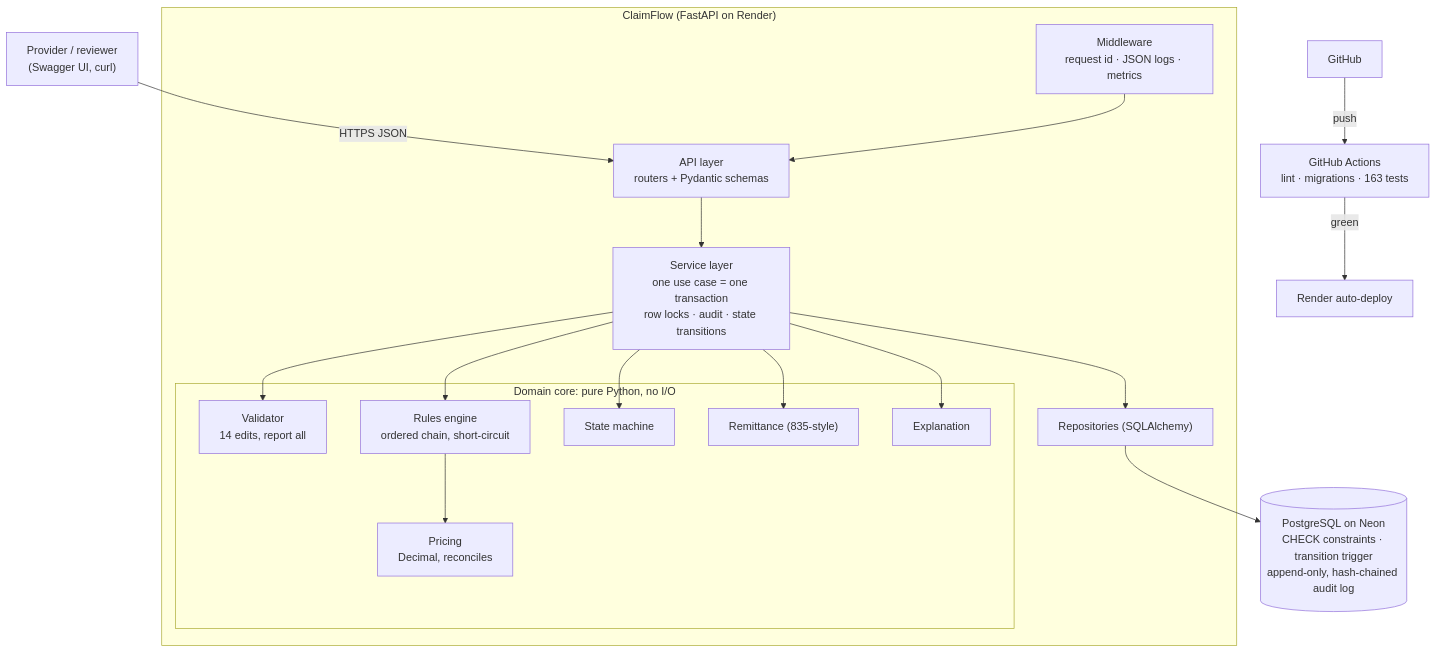
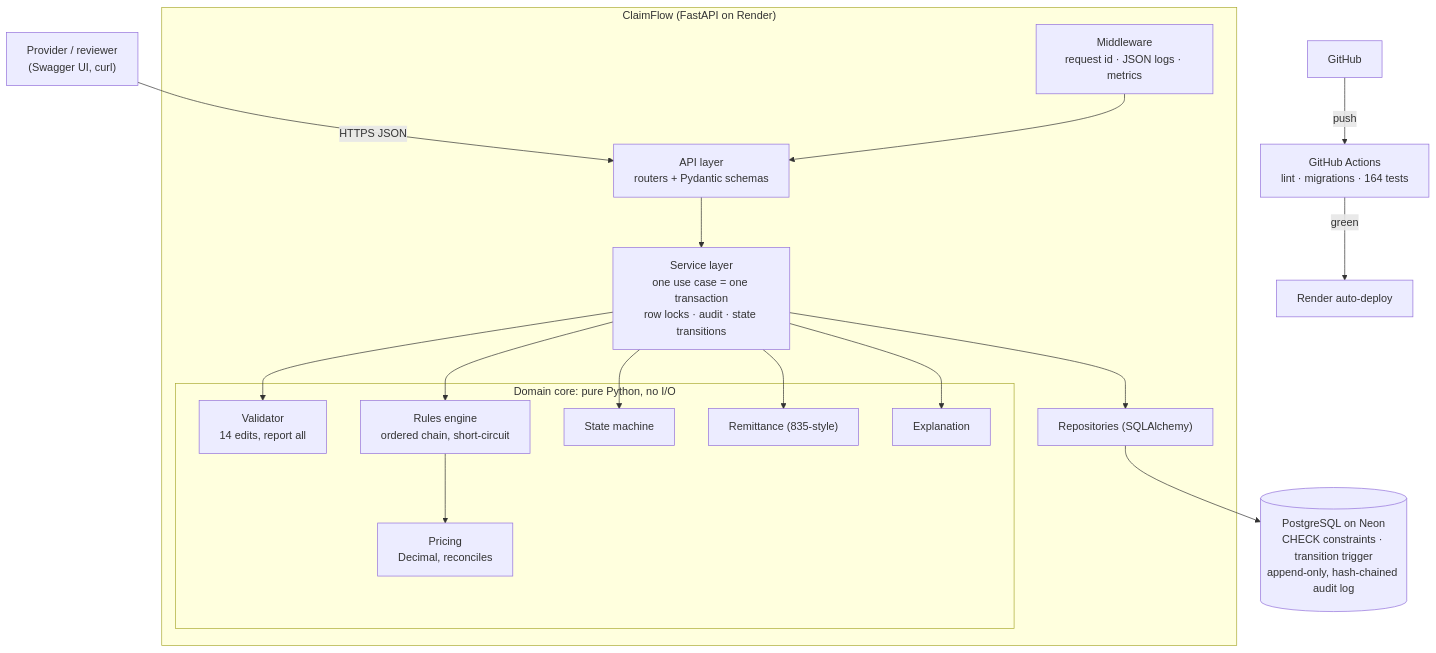
Before and after one commit to taran050701/claimflow: the first of 2 diagrams in README.md, drawn with Mermaid. The commit also changed other lines of this file and 3 other files, not shown here.

````diff
--- a/README.md
+++ b/README.md
@@ -52,25 +52,25 @@
 ```mermaid
 flowchart TB
     Client["Provider / reviewer<br/>(Swagger UI, curl)"] -->|HTTPS JSON| API
 
     subgraph App["ClaimFlow (FastAPI on Render)"]
         MW["Middleware<br/>request id · JSON logs · metrics"]
         API["API layer<br/>routers + Pydantic schemas"]
         SVC["Service layer<br/>one use case = one transaction<br/>row locks · audit · state transitions"]
         subgraph Core["Domain core: pure Python, no I/O"]
             VAL["Validator<br/>14 edits, report all"]
             ENG["Rules engine<br/>ordered chain, short-circuit"]
             PRC["Pricing<br/>Decimal, reconciles"]
             SM["State machine"]
             REM["Remittance (835-style)"]
             EXP["Explanation"]
         end
         REPO["Repositories (SQLAlchemy)"]
     end
 
     MW --> API --> SVC
     SVC --> VAL & ENG & SM & REM & EXP
     ENG --> PRC
     SVC --> REPO --> DB[("PostgreSQL on Neon<br/>CHECK constraints · transition trigger<br/>append-only, hash-chained audit log")]
-    GH["GitHub"] -->|push| CI["GitHub Actions<br/>lint · migrations · 163 tests"] -->|green| Render["Render auto-deploy"]
+    GH["GitHub"] -->|push| CI["GitHub Actions<br/>lint · migrations · 164 tests"] -->|green| Render["Render auto-deploy"]
 ```
````
